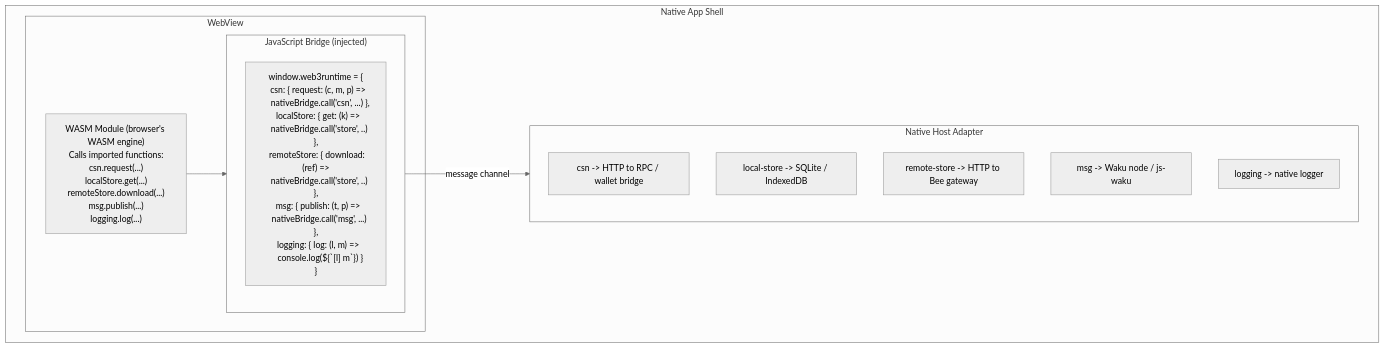
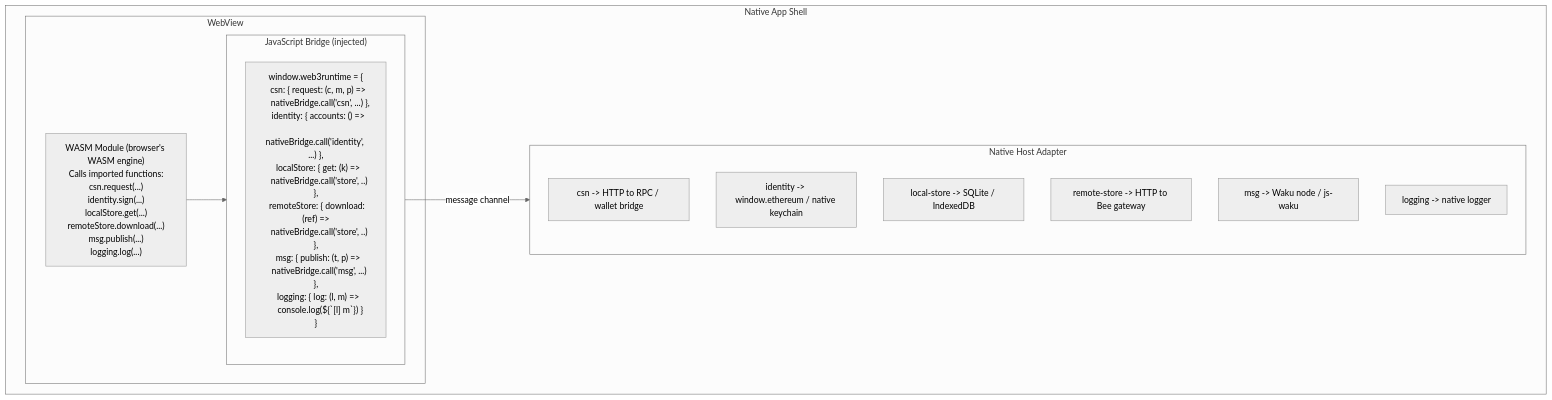
One commit to bleu/nullis-shepherd changed the fourth of 6 diagrams in docs/08-platform-generalisation.md. Above: the diagram before and after it, drawn with Mermaid (neutral theme). The commit also changed other lines of this file and 6 other files, not shown here.

First line of the commit message:
docs: add identity primitive, rename web3-sdk to nexum-sdk

````diff
--- a/docs/08-platform-generalisation.md
+++ b/docs/08-platform-generalisation.md
@@ -653,24 +706,25 @@
 ```mermaid
 flowchart TD
     subgraph NativeApp["Native App Shell"]
         subgraph WebView["WebView"]
-            WASMModule["WASM Module (browser's WASM engine)\nCalls imported functions:\ncsn.request(...)\nlocalStore.get(...)\nremoteStore.download(...)\nmsg.publish(...)\nlogging.log(...)"]
+            WASMModule["WASM Module (browser's WASM engine)\nCalls imported functions:\ncsn.request(...)\nidentity.sign(...)\nlocalStore.get(...)\nremoteStore.download(...)\nmsg.publish(...)\nlogging.log(...)"]
 
             subgraph JSBridge["JavaScript Bridge (injected)"]
-                JS["window.web3runtime = {\n  csn: { request: (c, m, p) =>\n    nativeBridge.call('csn', ...) },\n  localStore: { get: (k) =>\n    nativeBridge.call('store', ..) },\n  remoteStore: { download: (ref) =>\n    nativeBridge.call('store', ..) },\n  msg: { publish: (t, p) =>\n    nativeBridge.call('msg', ...) },\n  logging: { log: (l, m) =>\n    console.log(${`[l] m`}) }\n}"]
+                JS["window.web3runtime = {\n  csn: { request: (c, m, p) =>\n    nativeBridge.call('csn', ...) },\n  identity: { accounts: () =>\n    nativeBridge.call('identity', ...) },\n  localStore: { get: (k) =>\n    nativeBridge.call('store', ..) },\n  remoteStore: { download: (ref) =>\n    nativeBridge.call('store', ..) },\n  msg: { publish: (t, p) =>\n    nativeBridge.call('msg', ...) },\n  logging: { log: (l, m) =>\n    console.log(${`[l] m`}) }\n}"]
             end
 
             WASMModule --> JSBridge
         end
 
         subgraph NativeHost["Native Host Adapter"]
             NH_CSN["csn -> HTTP to RPC / wallet bridge"]
+            NH_ID["identity -> window.ethereum / native keychain"]
             NH_LS["local-store -> SQLite / IndexedDB"]
             NH_RS["remote-store -> HTTP to Bee gateway"]
             NH_MSG["msg -> Waku node / js-waku"]
             NH_LOG["logging -> native logger"]
         end
 
         JSBridge -->|"message channel"| NativeHost
     end
 ```
````
